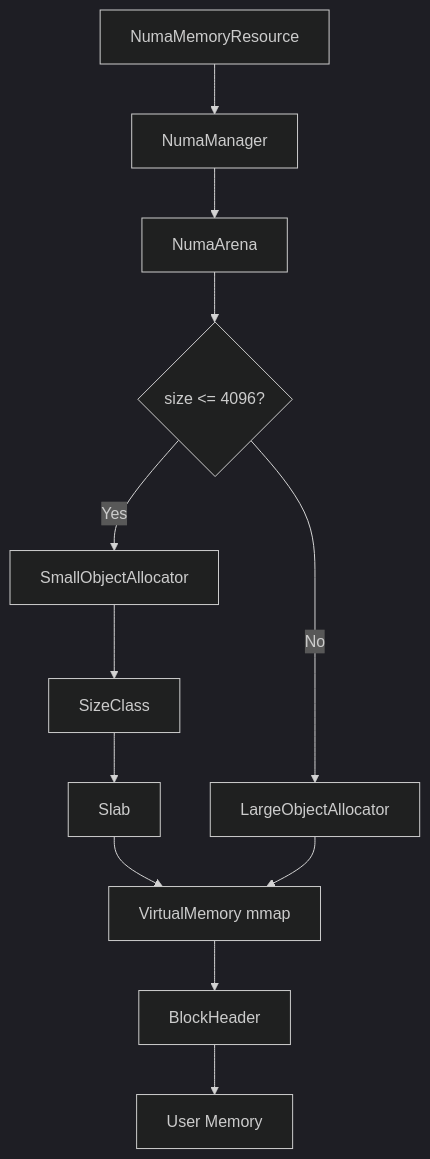
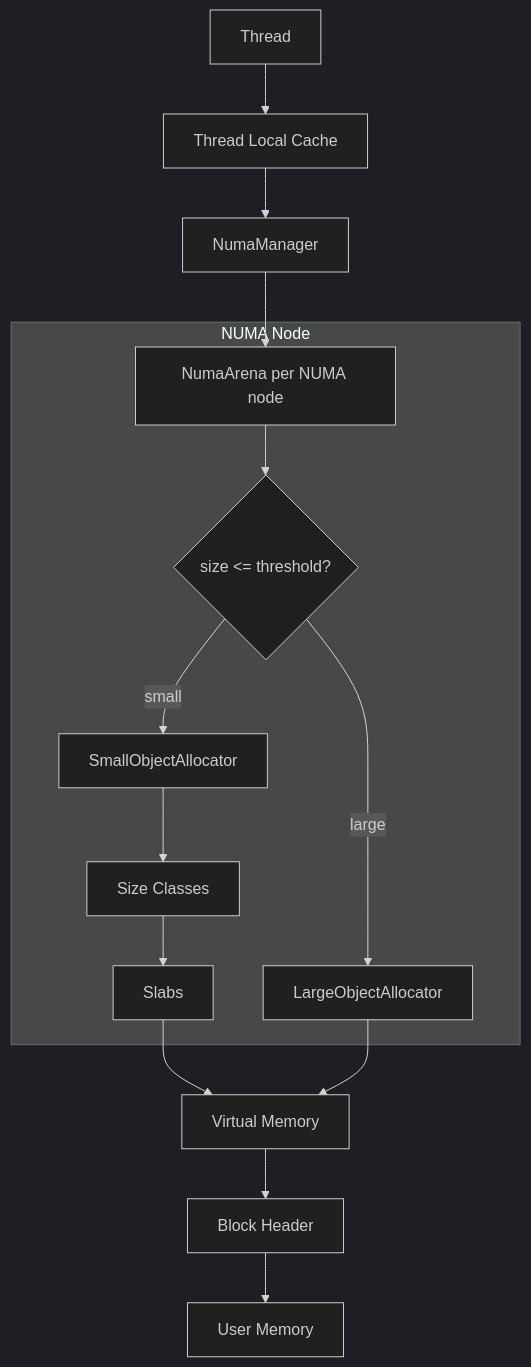
Before and after one commit to donar337/numa-pmr: the diagram in graphic/layers.md, drawn with Mermaid (dark theme). The commit also changed 20 other files, not shown here.

````diff
--- a/graphic/layers.md
+++ b/graphic/layers.md
@@ -1,20 +1,32 @@
 ```mermaid
 flowchart TD
-    A[NumaMemoryResource] --> B[NumaManager]
-    B --> C[NumaArena]
+    T[Thread] --> TLC[Thread Local Cache]
 
-    C --> D{size <= 4096?}
+    TLC --> NM[NumaManager]
 
-    D -- Yes --> E[SmallObjectAllocator]
-    D -- No --> F[LargeObjectAllocator]
+    NM --> NA[NumaArena per NUMA node]
 
-    E --> G[SizeClass]
-    G --> H[Slab]
+    NA --> DEC{size <= threshold?}
 
-    H --> I[VirtualMemory mmap]
+    DEC -- small --> SOA[SmallObjectAllocator]
+    DEC -- large --> LOA[LargeObjectAllocator]
 
-    F --> I
+    SOA --> SC[Size Classes]
+    SC --> SL[Slabs]
 
-    I --> J[BlockHeader]
-    J --> K[User Memory]
+    SL --> VM[Virtual Memory]
+
+    LOA --> VM
+
+    VM --> BH[Block Header]
+    BH --> UM[User Memory]
+
+    subgraph NUMA Node
+        NA
+        SOA
+        SC
+        SL
+        LOA
+        DEC
+    end
 ```
````
